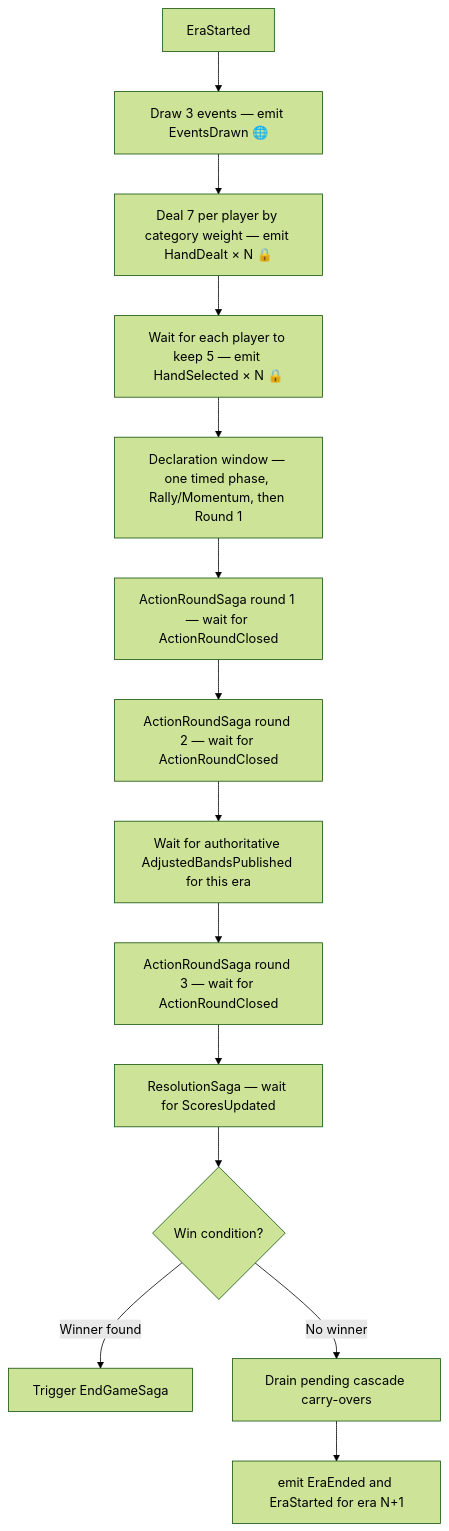
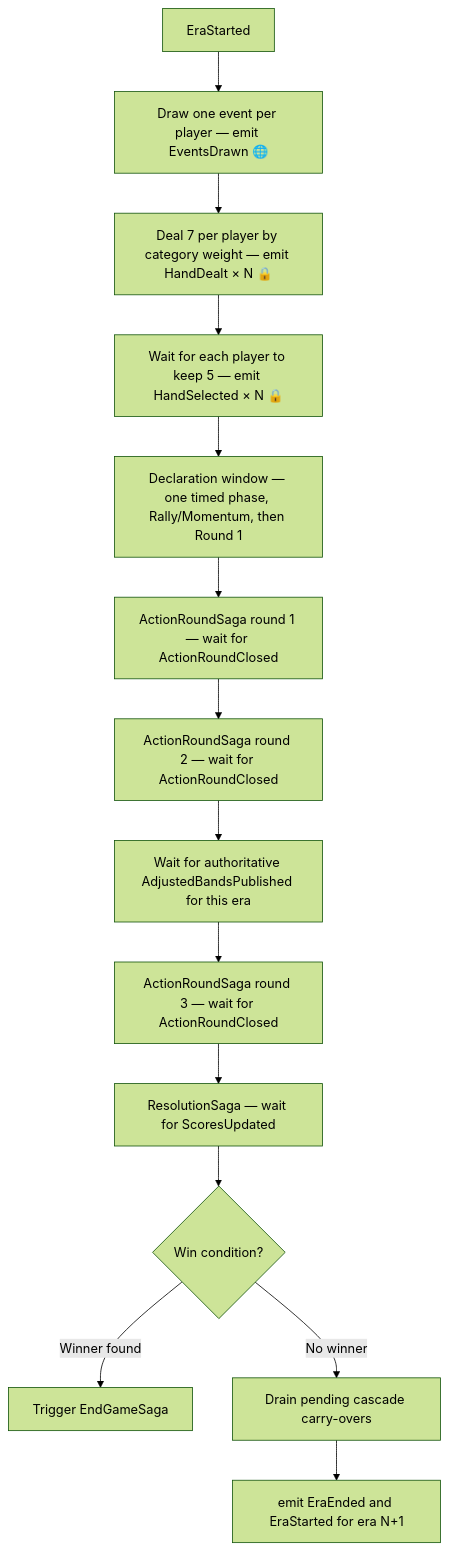
One commit to temporal-rift/docs changed the diagram in sagas/era.mdx. Above: the diagram before and after it, drawn with Mermaid (forest theme). The commit also changed 7 other files, not shown here.

````diff
--- a/sagas/era.mdx
+++ b/sagas/era.mdx
@@ -12,16 +12,16 @@
 ```mermaid
 flowchart TD
-  A[EraStarted] --> B[Draw 3 events — emit EventsDrawn 🌐]
+  A[EraStarted] --> B[Draw one event per player — emit EventsDrawn 🌐]
   B --> C[Deal 7 per player by category weight — emit HandDealt × N 🔒]
   C --> D[Wait for each player to keep 5 — emit HandSelected × N 🔒]
   D --> DW[Declaration window — one timed phase, Rally/Momentum, then Round 1]
   DW --> E[ActionRoundSaga round 1 — wait for ActionRoundClosed]
   E --> F[ActionRoundSaga round 2 — wait for ActionRoundClosed]
   F --> BP[Wait for authoritative AdjustedBandsPublished for this era]
   BP --> G[ActionRoundSaga round 3 — wait for ActionRoundClosed]
   G --> H[ResolutionSaga — wait for ScoresUpdated]
   H --> I{Win condition?}
   I -->|Winner found| J[Trigger EndGameSaga]
   I -->|No winner| K[Drain pending cascade carry-overs]
   K --> L[emit EraEnded and EraStarted for era N+1]
 ```
````
